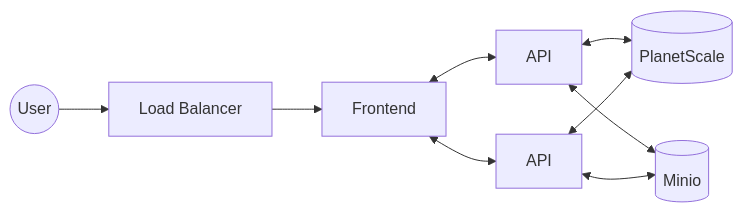
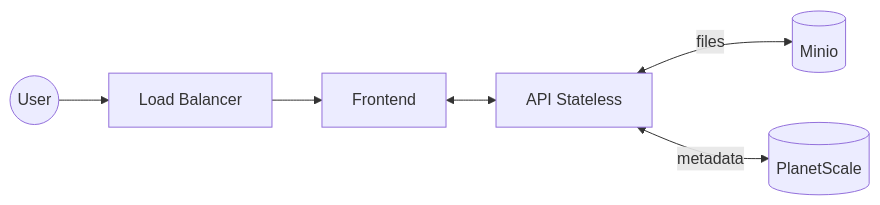
One commit to zesilva15/report-central changed the diagram in README.md. Above: the diagram before and after it, drawn with Mermaid. The commit also changed other lines of this file, not shown here.

````diff
--- a/README.md
+++ b/README.md
@@ -13,17 +13,13 @@
 ```mermaid
 flowchart LR
     minio[(Minio)]
     planet[(PlanetScale)]
-    api1[API]
-    api2[API]
+    api[API Stateless]
     loadbalancer[Load Balancer]
     frontend[Frontend]
     loadbalancer --> frontend
-    frontend <--> api1
-    frontend <--> api2
-    api1 <--> planet
-    api2 <--> planet
-    api1 <--> minio
-    api2 <--> minio
+    frontend <--> api
+    api <--> |files| minio
+    api <--> |metadata| planet
     user((User)) --> loadbalancer
 ```
````
